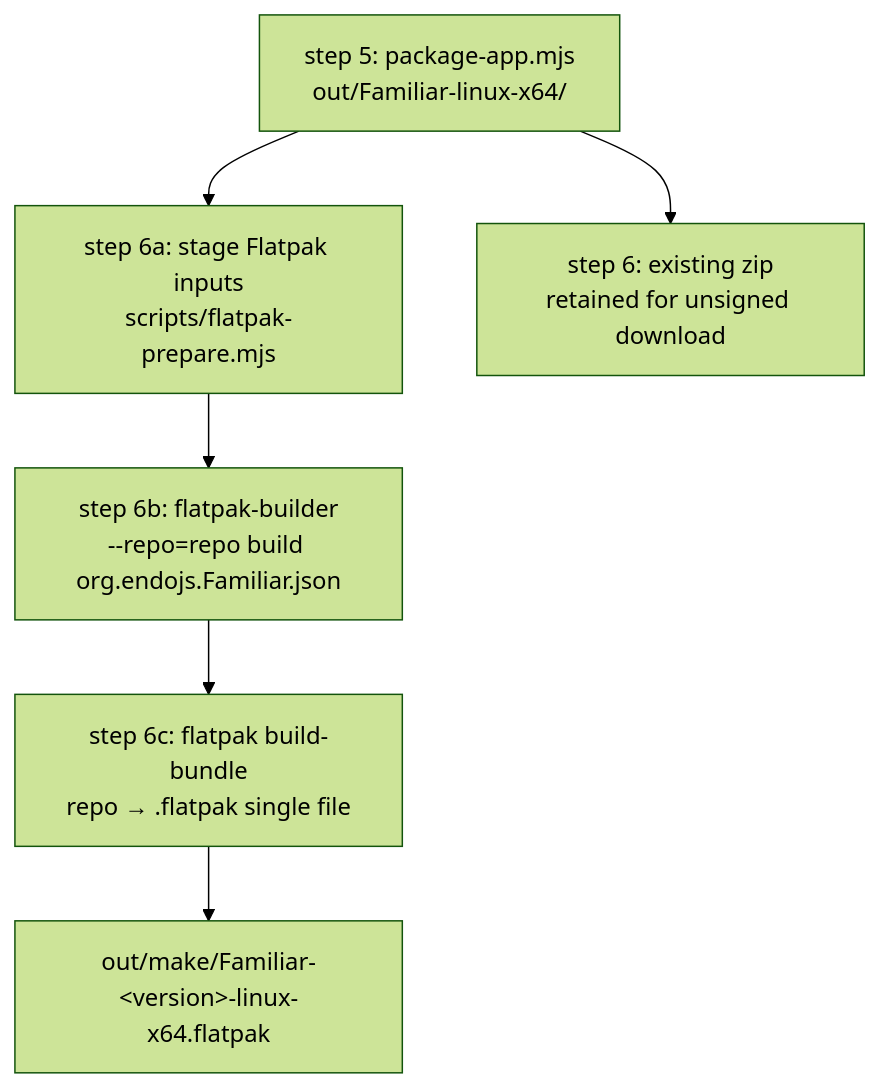
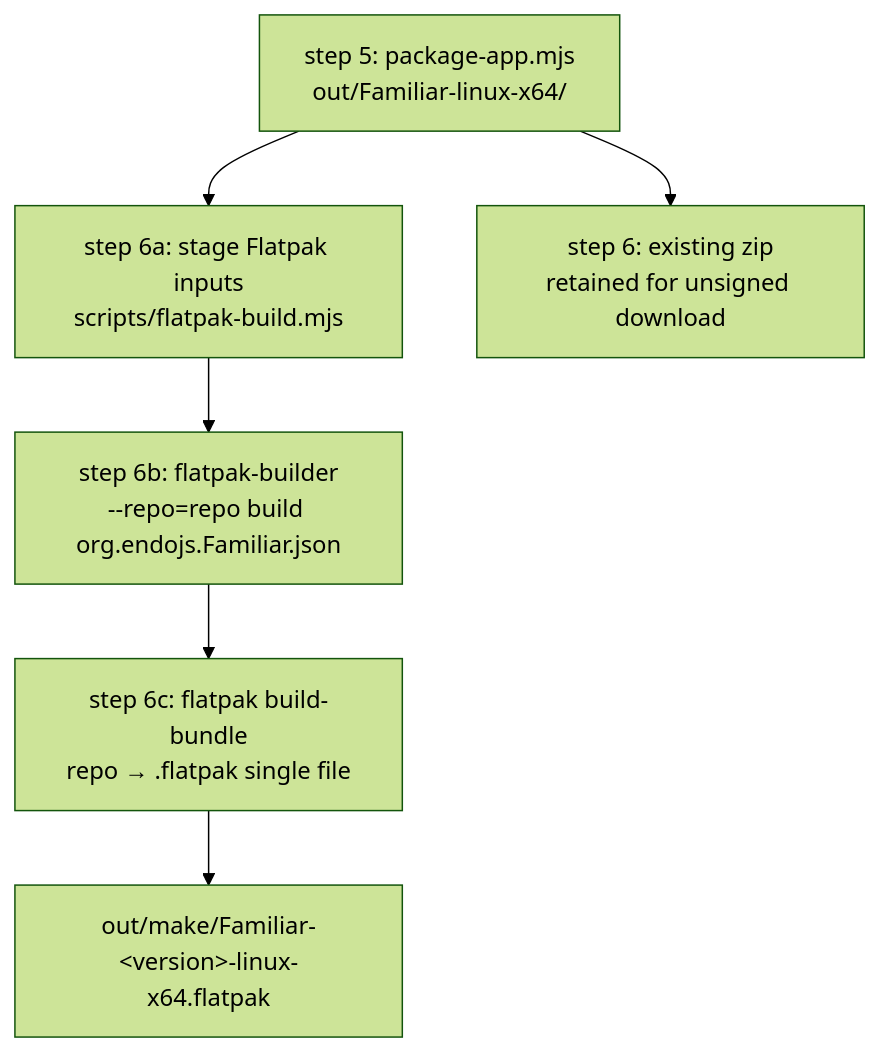
The diagram in designs/familiar-flatpak-pipeline.md (endojs/endo-but-for-bots), drawn with Mermaid (forest theme) before and after one commit. The commit also changed other lines of this file and 1 other file, not shown here.

First line of the commit message:
design(familiar-flatpak-pipeline): address solicitor round 1 panel

````diff
--- a/designs/familiar-flatpak-pipeline.md
+++ b/designs/familiar-flatpak-pipeline.md
@@ -61,9 +65,9 @@
 ```mermaid
 flowchart TD
   P[step 5: package-app.mjs<br/>out/Familiar-linux-x64/] --> A
-  A[step 6a: stage Flatpak inputs<br/>scripts/flatpak-prepare.mjs] --> B
+  A[step 6a: stage Flatpak inputs<br/>scripts/flatpak-build.mjs] --> B
   B[step 6b: flatpak-builder<br/>--repo=repo build org.endojs.Familiar.json] --> C
   C[step 6c: flatpak build-bundle<br/>repo &rarr; .flatpak single file] --> D
   D[out/make/Familiar-&lt;version&gt;-linux-x64.flatpak]
   P --> Z[step 6: existing zip<br/>retained for unsigned download]
 ```
````
